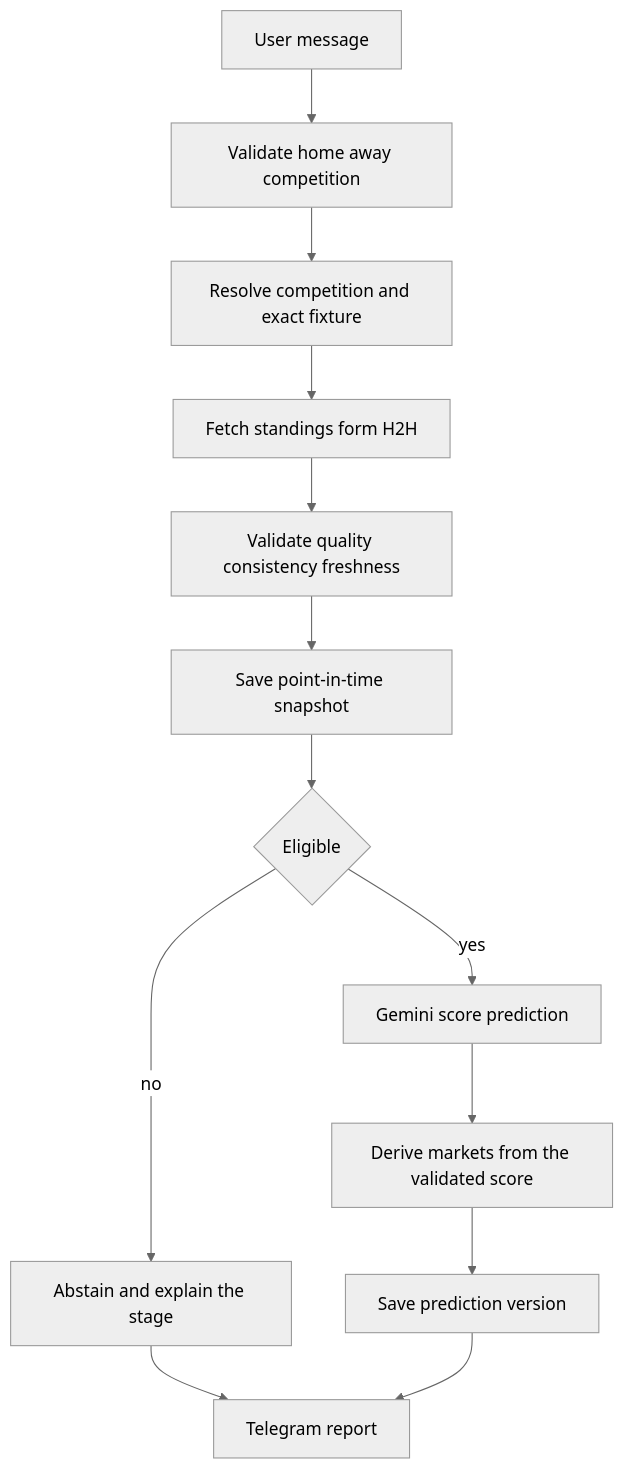
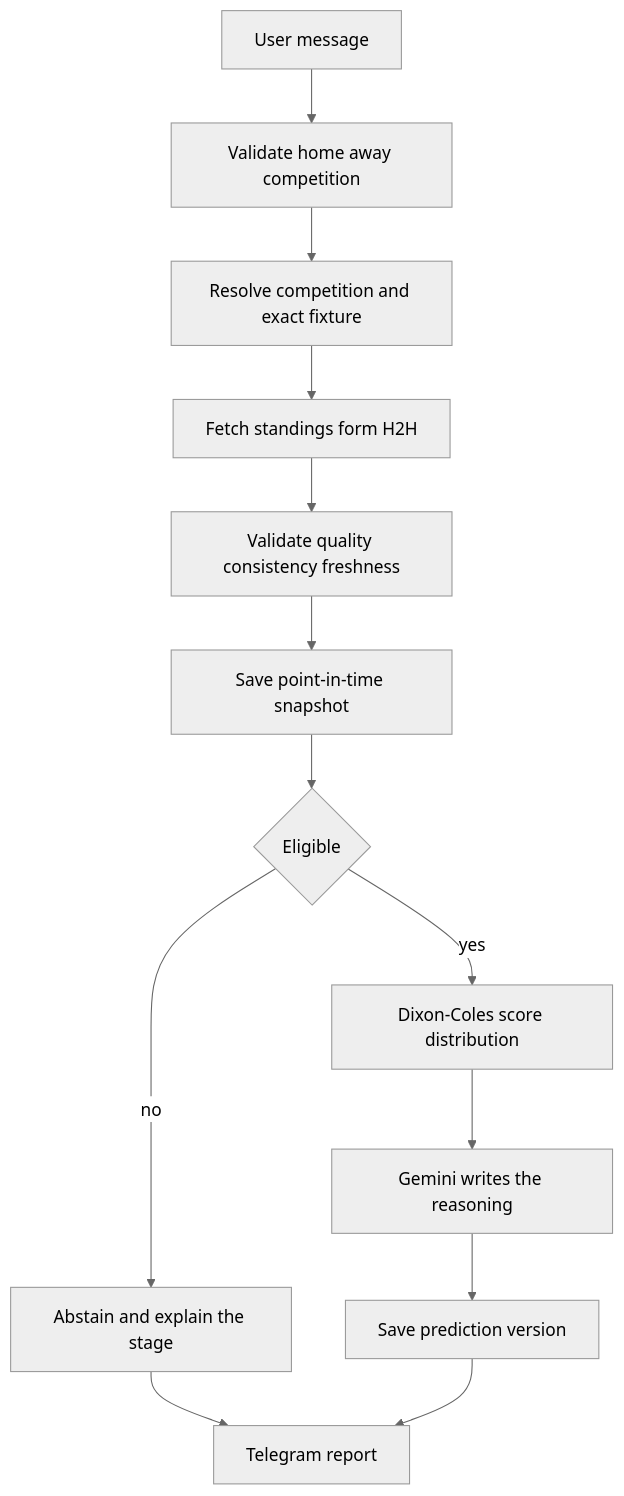
The first of 2 diagrams in docs/architecture.md (Mahmoud-3050/football-prediction), drawn with Mermaid (neutral theme) before and after one commit. The commit also changed other lines of this file and 18 other files, not shown here.

````diff
--- a/docs/architecture.md
+++ b/docs/architecture.md
@@ -21,15 +24,15 @@
 ```mermaid
 flowchart TD
   user[User message] --> parse[Validate home away competition]
   parse --> identify[Resolve competition and exact fixture]
   identify --> fetch[Fetch standings form H2H]
   fetch --> check[Validate quality consistency freshness]
   check --> snap[Save point-in-time snapshot]
   snap --> eligible{Eligible}
   eligible -->|no| abstain[Abstain and explain the stage]
-  eligible -->|yes| gemini[Gemini score prediction]
-  gemini --> markets[Derive markets from the validated score]
-  markets --> version[Save prediction version]
+  eligible -->|yes| rates[Dixon-Coles score distribution]
+  rates --> gemini[Gemini writes the reasoning]
+  gemini --> version[Save prediction version]
   abstain --> reply[Telegram report]
   version --> reply
 ```
````
